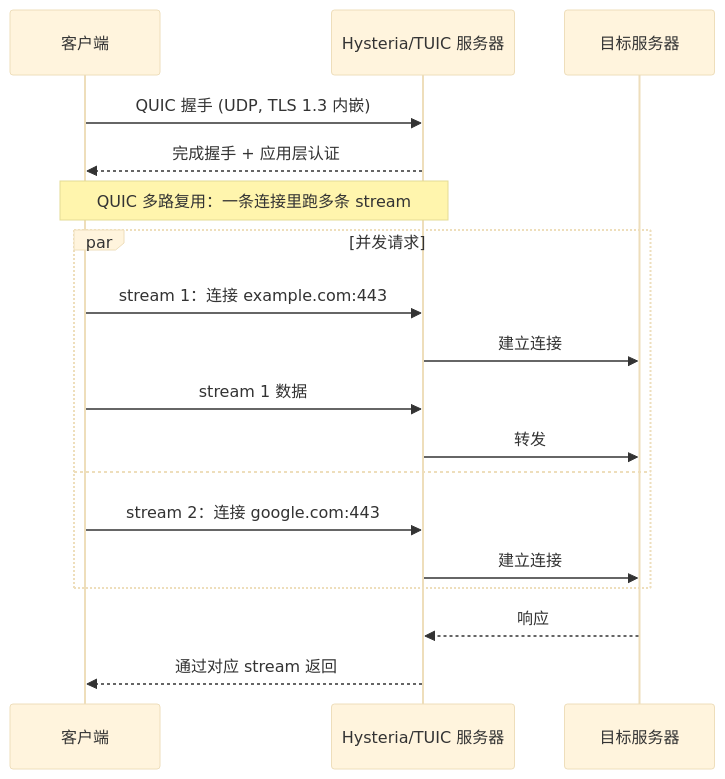
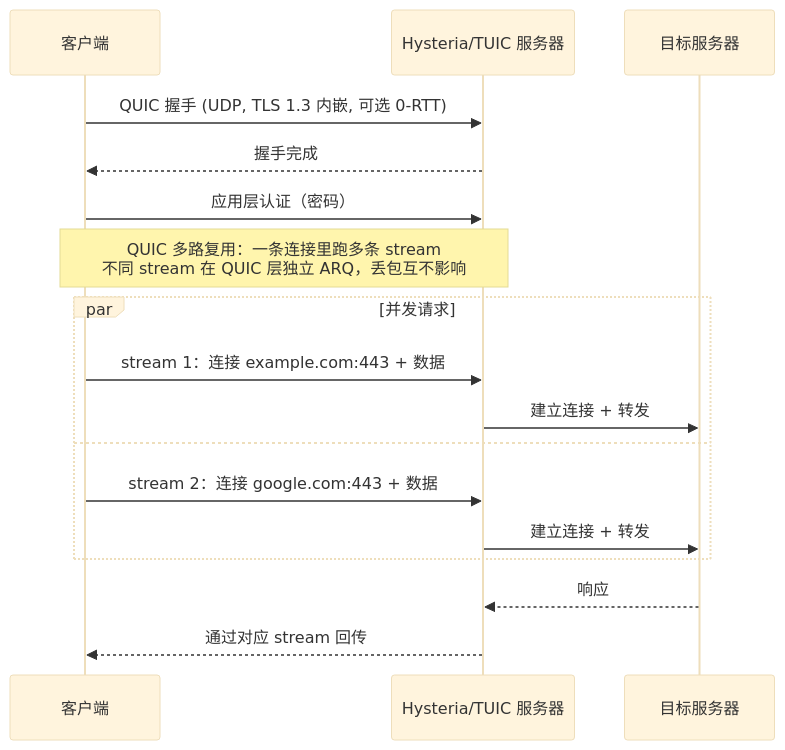
Before and after one commit to asukaonly/asukaonly.github.io: diagram 12 of 12 in content/posts/other/代理协议全流程解析.md, drawn with Mermaid (base theme). The commit also changed other lines of this file, not shown here.

````diff
--- a/content/posts/other/代理协议全流程解析.md
+++ b/content/posts/other/代理协议全流程解析.md
@@ -861,24 +942,23 @@
 ```mermaid
 sequenceDiagram
     participant Local as 客户端
     participant Remote as Hysteria/TUIC 服务器
     participant Target as 目标服务器
 
-    Local->>Remote: QUIC 握手 (UDP, TLS 1.3 内嵌)
-    Remote-->>Local: 完成握手 + 应用层认证
+    Local->>Remote: QUIC 握手 (UDP, TLS 1.3 内嵌, 可选 0-RTT)
+    Remote-->>Local: 握手完成
+    Local->>Remote: 应用层认证（密码）
 
-    Note over Local,Remote: QUIC 多路复用：一条连接里跑多条 stream
+    Note over Local,Remote: QUIC 多路复用：一条连接里跑多条 stream<br/>不同 stream 在 QUIC 层独立 ARQ，丢包互不影响
 
     par 并发请求
-        Local->>Remote: stream 1：连接 example.com:443
-        Remote->>Target: 建立连接
-        Local->>Remote: stream 1 数据
-        Remote->>Target: 转发
+        Local->>Remote: stream 1：连接 example.com:443 + 数据
+        Remote->>Target: 建立连接 + 转发
     and
-        Local->>Remote: stream 2：连接 google.com:443
-        Remote->>Target: 建立连接
+        Local->>Remote: stream 2：连接 google.com:443 + 数据
+        Remote->>Target: 建立连接 + 转发
     end
 
     Target-->>Remote: 响应
-    Remote-->>Local: 通过对应 stream 返回
+    Remote-->>Local: 通过对应 stream 回传
 ```
````
